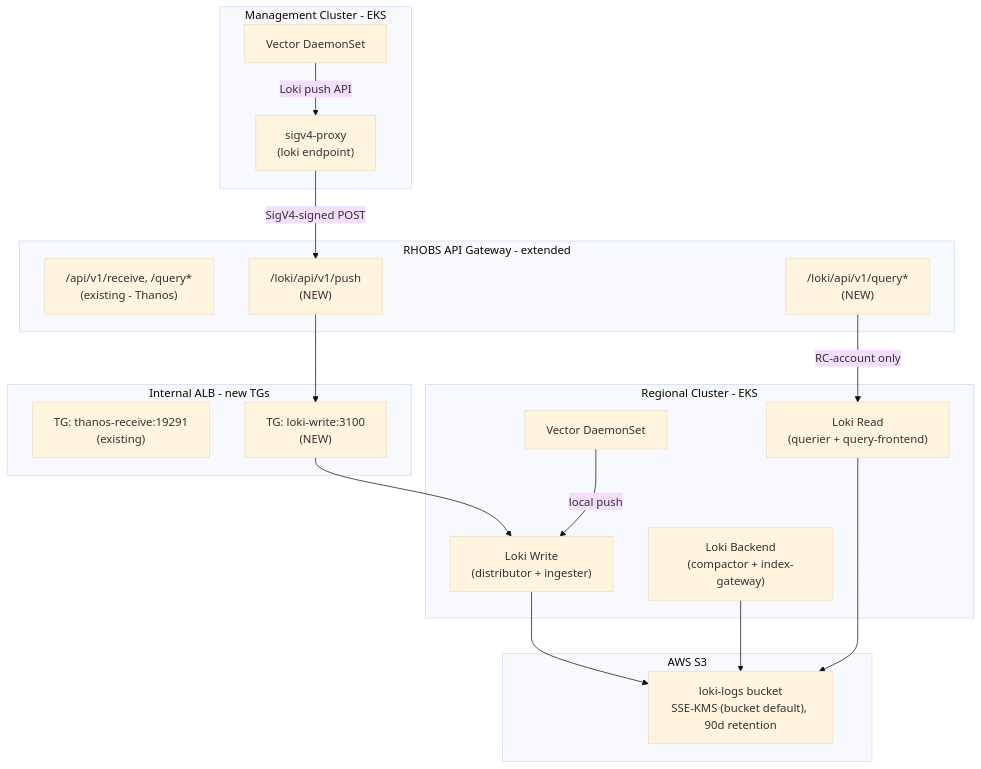
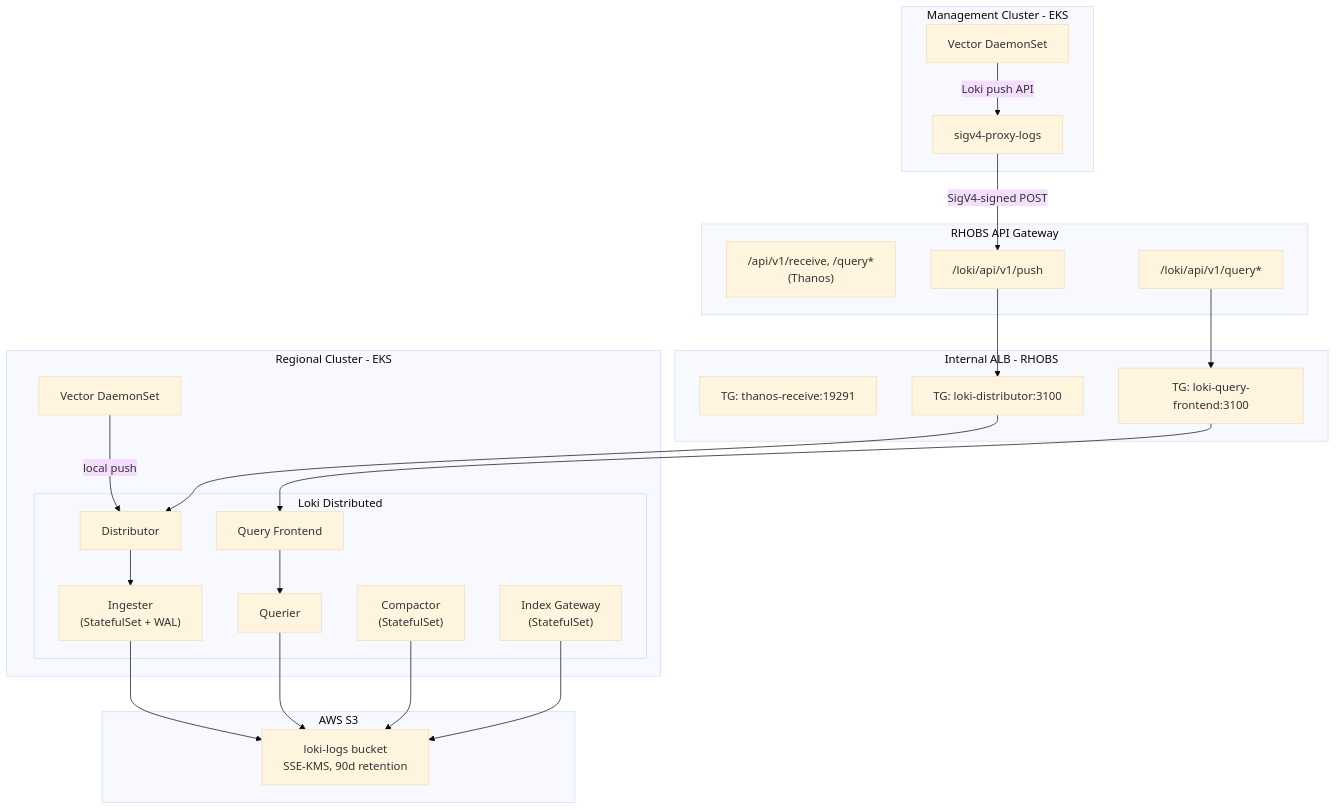
The diagram in docs/design/loki-logs-infrastructure.md (rosa-regional-platform-ci/rosa-regional-platform), drawn with Mermaid (base theme) before and after one commit. The commit also changed other lines of this file and 23 other files, not shown here.

First line of the commit message:
Switch Loki to Distributed (microservices) deployment mode

````diff
--- a/docs/design/loki-logs-infrastructure.md
+++ b/docs/design/loki-logs-infrastructure.md
@@ -30,40 +57,50 @@
 ```mermaid
 graph TB
     subgraph MC["Management Cluster - EKS"]
         VectorMC["Vector DaemonSet"]
-        SigV4MC["sigv4-proxy<br/>(loki endpoint)"]
+        SigV4MC["sigv4-proxy-logs"]
         VectorMC -->|"Loki push API"| SigV4MC
     end
 
-    subgraph APIGW["RHOBS API Gateway - extended"]
-        ThanosPaths["/api/v1/receive, /query*<br/>(existing - Thanos)"]
-        LokiPush["/loki/api/v1/push<br/>(NEW)"]
-        LokiQuery["/loki/api/v1/query*<br/>(NEW)"]
+    subgraph APIGW["RHOBS API Gateway"]
+        ThanosPaths["/api/v1/receive, /query*<br/>(Thanos)"]
+        LokiPush["/loki/api/v1/push"]
+        LokiQuery["/loki/api/v1/query*"]
     end
 
-    subgraph ALB["Internal ALB - new TGs"]
-        ThanosRecvTG["TG: thanos-receive:19291<br/>(existing)"]
-        LokiDistTG["TG: loki-write:3100<br/>(NEW)"]
+    subgraph ALB["Internal ALB - RHOBS"]
+        ThanosRecvTG["TG: thanos-receive:19291"]
+        LokiDistTG["TG: loki-distributor:3100"]
+        LokiQFETG["TG: loki-query-frontend:3100"]
     end
 
     subgraph RC["Regional Cluster - EKS"]
         VectorRC["Vector DaemonSet"]
-        LokiWrite["Loki Write<br/>(distributor + ingester)"]
-        LokiRead["Loki Read<br/>(querier + query-frontend)"]
-        LokiBackend["Loki Backend<br/>(compactor + index-gateway)"]
-        VectorRC -->|"local push"| LokiWrite
+        subgraph LokiDist["Loki Distributed"]
+            Distributor["Distributor"]
+            Ingester["Ingester<br/>(StatefulSet + WAL)"]
+            Querier["Querier"]
+            QueryFrontend["Query Frontend"]
+            Compactor["Compactor<br/>(StatefulSet)"]
+            IndexGW["Index Gateway<br/>(StatefulSet)"]
+        end
+        VectorRC -->|"local push"| Distributor
+        Distributor --> Ingester
+        QueryFrontend --> Querier
     end
 
     subgraph S3["AWS S3"]
-        LokiBucket["loki-logs bucket<br/>SSE-KMS (bucket default), 90d retention"]
+        LokiBucket["loki-logs bucket<br/>SSE-KMS, 90d retention"]
     end
 
     SigV4MC -->|"SigV4-signed POST"| LokiPush
     LokiPush --> LokiDistTG
-    LokiDistTG --> LokiWrite
-    LokiWrite --> LokiBucket
-    LokiRead --> LokiBucket
-    LokiBackend --> LokiBucket
+    LokiDistTG --> Distributor
+    Ingester --> LokiBucket
+    Querier --> LokiBucket
+    Compactor --> LokiBucket
+    IndexGW --> LokiBucket
 
-    LokiQuery -->|"RC-account only"| LokiRead
+    LokiQuery --> LokiQFETG
+    LokiQFETG --> QueryFrontend
 ```
````
